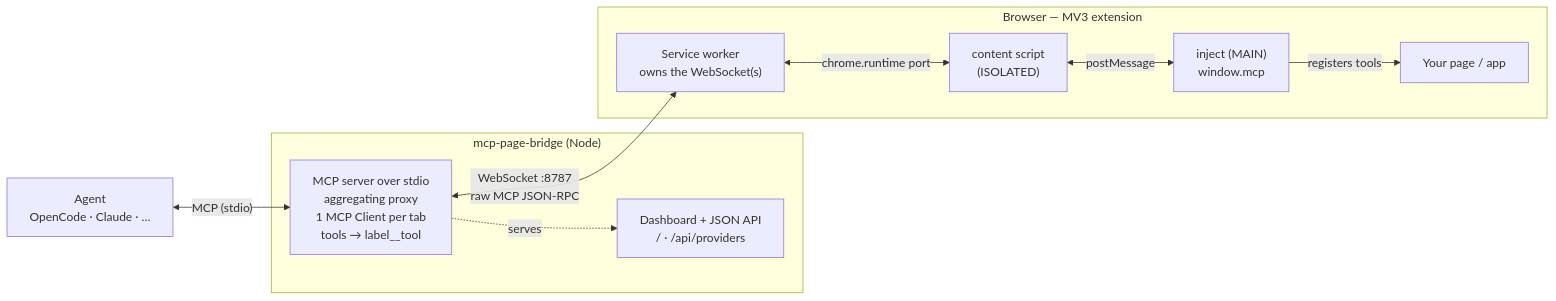
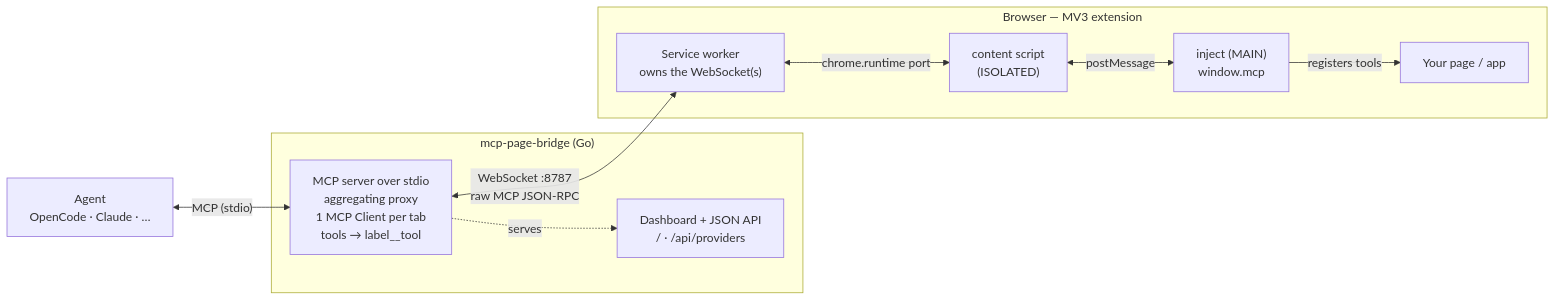
One commit to rytsh/mcp-page-bridge changed the diagram in README.md. Above: the diagram before and after it, drawn with Mermaid. The commit also changed other lines of this file and 66 other files, not shown here.

````diff
--- a/README.md
+++ b/README.md
@@ -22,23 +22,23 @@
 ```mermaid
 flowchart LR
     A["Agent<br/>OpenCode · Claude · …"]
 
-    subgraph bridge["mcp-page-bridge (Node)"]
+    subgraph bridge["mcp-page-bridge (Go)"]
         B["MCP server over stdio<br/>aggregating proxy<br/>1 MCP Client per tab<br/>tools → label__tool"]
         D["Dashboard + JSON API<br/>/ · /api/providers"]
     end
 
     subgraph ext["Browser — MV3 extension"]
         SW["Service worker<br/>owns the WebSocket(s)"]
         CS["content script<br/>(ISOLATED)"]
         IN["inject (MAIN)<br/>window.mcp"]
         PG["Your page / app"]
     end
 
     A <-->|"MCP (stdio)"| B
     B <-->|"WebSocket :8787<br/>raw MCP JSON-RPC"| SW
     SW <-->|"chrome.runtime port"| CS
     CS <-->|"postMessage"| IN
     IN -->|"registers tools"| PG
     B -.->|serves| D
 ```
````
